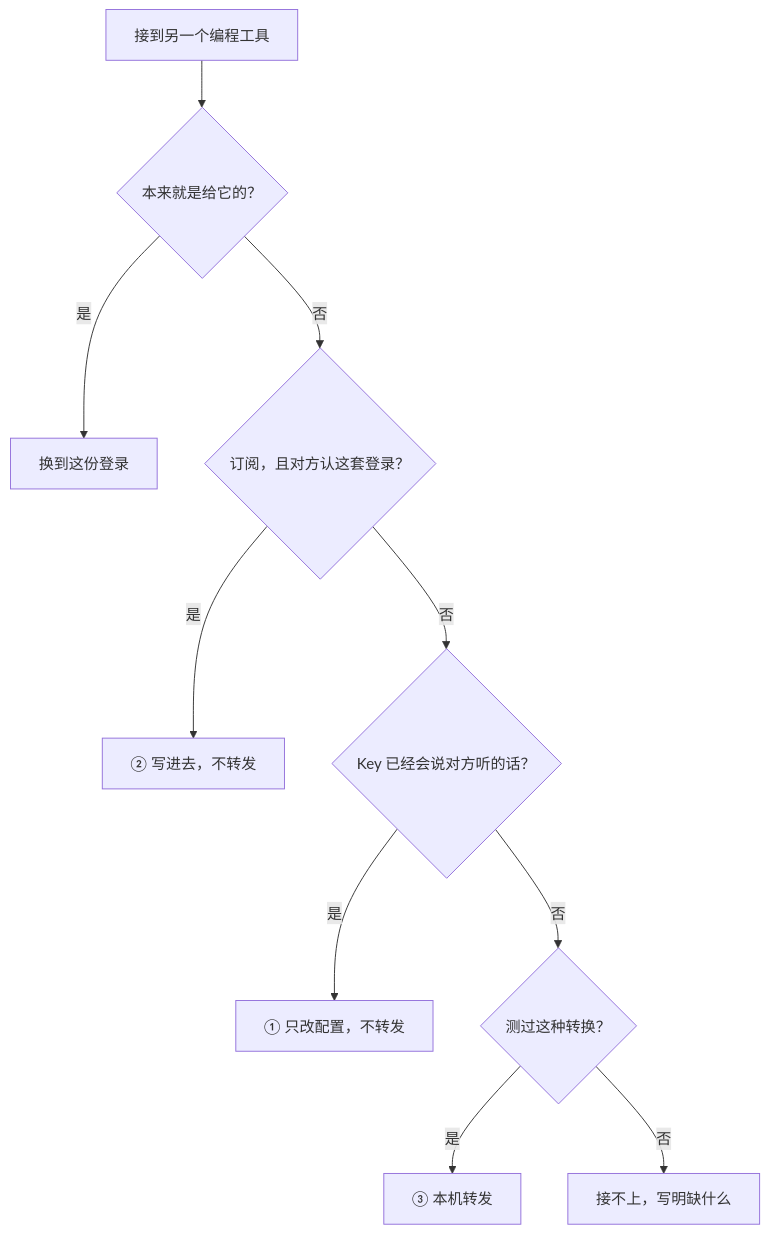
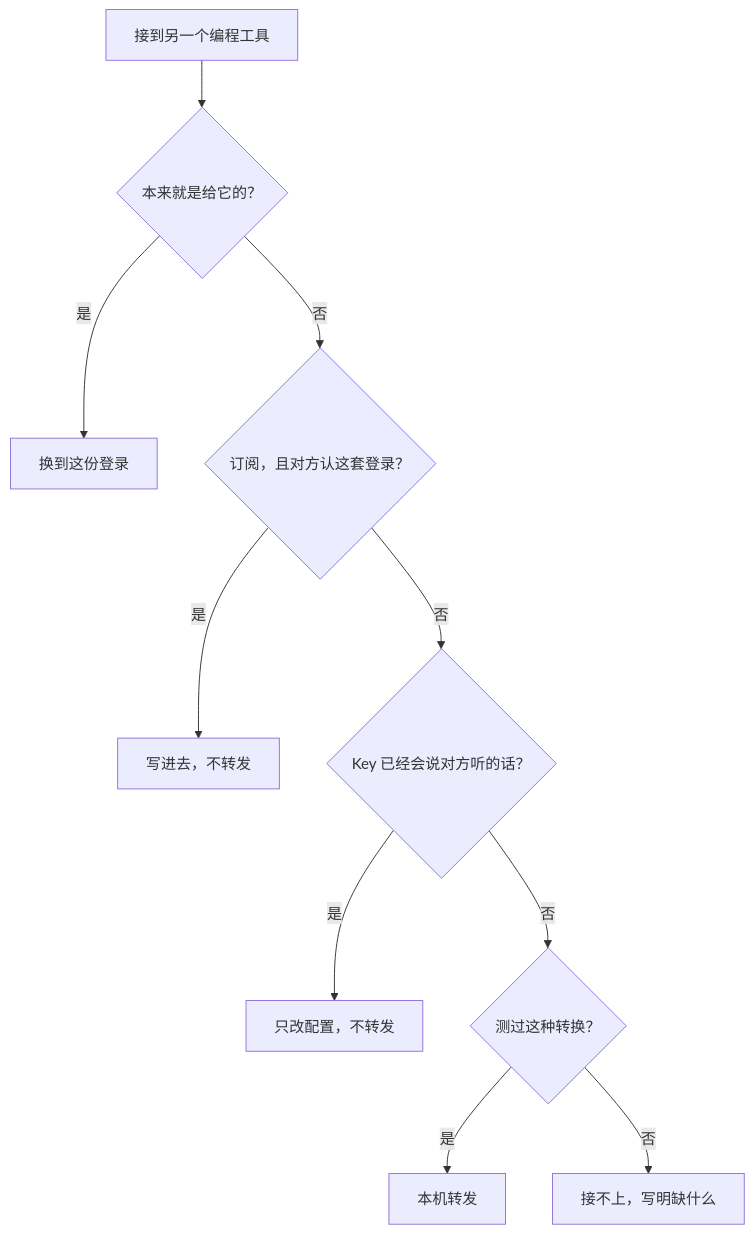
The fourth of 7 diagrams in docs/product-decisions.md (nicechencs/AgentHub), drawn with Mermaid before and after one commit. The commit also changed other lines of this file and 3 other files, not shown here.

````diff
--- a/docs/product-decisions.md
+++ b/docs/product-decisions.md
@@ -47,13 +47,13 @@
 ```mermaid
 flowchart TB
   start["接到另一个编程工具"]
   start --> native{"本来就是给它的？"}
   native -->|是| switch["换到这份登录"]
   native -->|否| sub{"订阅，且对方认这套登录？"}
-  sub -->|是| r2["② 写进去，不转发"]
+  sub -->|是| r2["写进去，不转发"]
   sub -->|否| key{"Key 已经会说对方听的话？"}
-  key -->|是| r1["① 只改配置，不转发"]
+  key -->|是| r1["只改配置，不转发"]
   key -->|否| conv{"测过这种转换？"}
-  conv -->|是| r3["③ 本机转发"]
+  conv -->|是| r3["本机转发"]
   conv -->|否| no["接不上，写明缺什么"]
 ```
````
